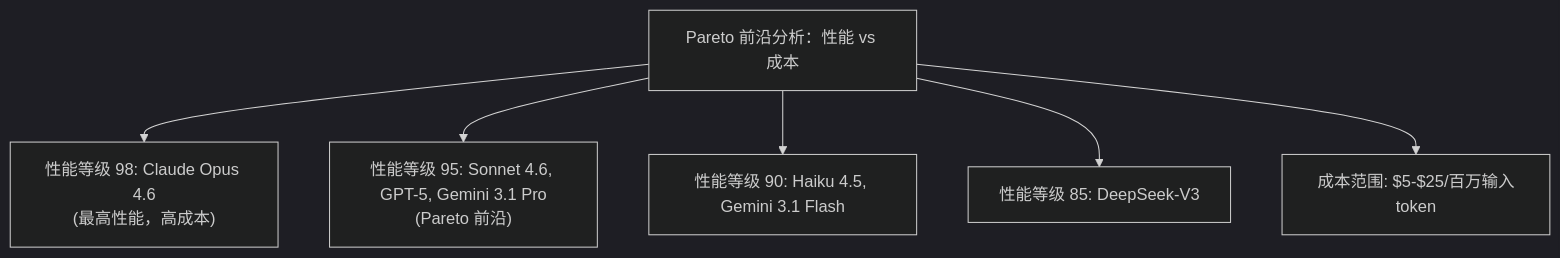
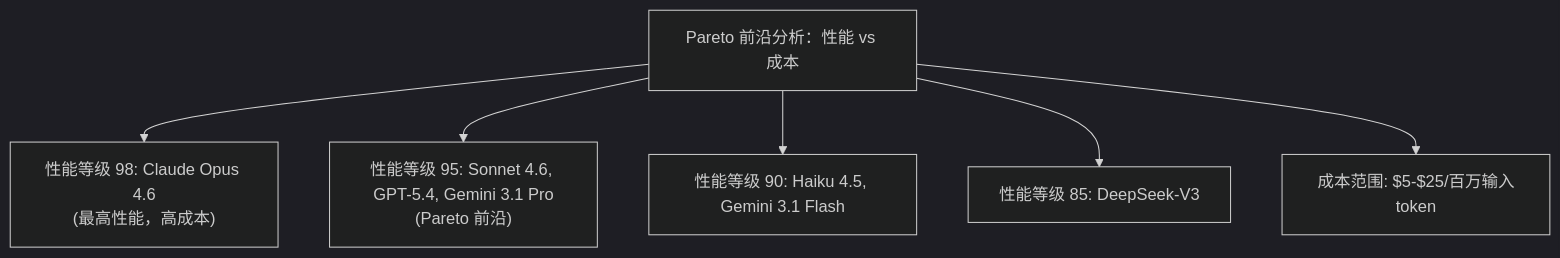
Before and after one commit to yeasy/claude_guide: the second of 3 diagrams in 12_appendix/12.6_model_comparison.md, drawn with Mermaid (dark theme). The commit also changed other lines of this file, not shown here.

Commit message:
Update model comparison from GPT-4o to GPT-5.4

````diff
--- a/12_appendix/12.6_model_comparison.md
+++ b/12_appendix/12.6_model_comparison.md
@@ -592,15 +597,15 @@
 ```mermaid
 graph TD
     A["Pareto 前沿分析：性能 vs 成本"]
     B["性能等级 98: Claude Opus 4.6<br/>(最高性能，高成本)"]
-    C["性能等级 95: Sonnet 4.6, GPT-5, Gemini 3.1 Pro<br/>(Pareto 前沿)"]
+    C["性能等级 95: Sonnet 4.6, GPT-5.4, Gemini 3.1 Pro<br/>(Pareto 前沿)"]
     D["性能等级 90: Haiku 4.5, Gemini 3.1 Flash"]
     E["性能等级 85: DeepSeek-V3"]
     F["成本范围: $5-$25/百万输入token"]
 
     A --> B
     A --> C
     A --> D
     A --> E
     A --> F
 ```
````
